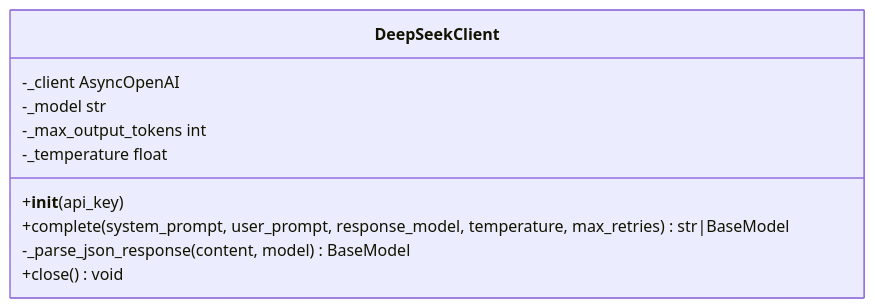
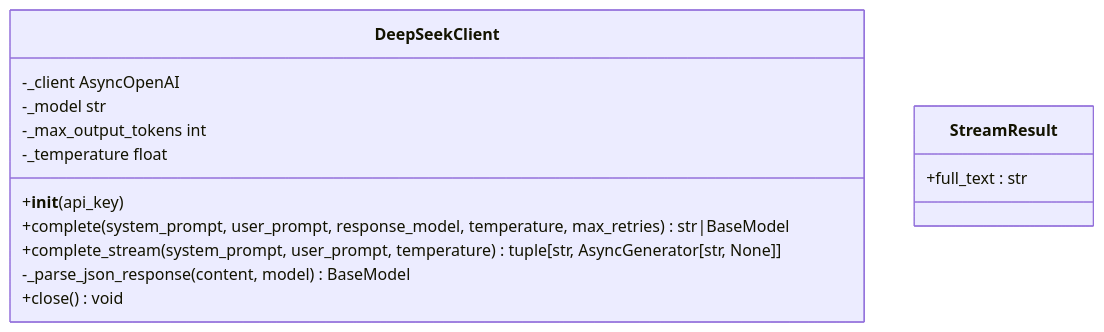
The third of 9 diagrams in .qoder/repowiki/zh/content/核心服务模块/LLM客户端服务.md (tjujingzong/Novel-to-Screenplay), drawn with Mermaid before and after one commit. The commit also changed other lines of this file and 21 other files, not shown here.

````diff
--- a/.qoder/repowiki/zh/content/核心服务模块/LLM客户端服务.md
+++ b/.qoder/repowiki/zh/content/核心服务模块/LLM客户端服务.md
@@ -183,13 +198,17 @@
 ```mermaid
 classDiagram
 class DeepSeekClient {
 +__init__(api_key)
 +complete(system_prompt, user_prompt, response_model, temperature, max_retries) str|BaseModel
++complete_stream(system_prompt, user_prompt, temperature) tuple[str, AsyncGenerator[str, None]]
 -_parse_json_response(content, model) BaseModel
 +close() void
 -_client AsyncOpenAI
 -_model str
 -_max_output_tokens int
 -_temperature float
 }
+class StreamResult {
++full_text : str
+}
 ```
````
